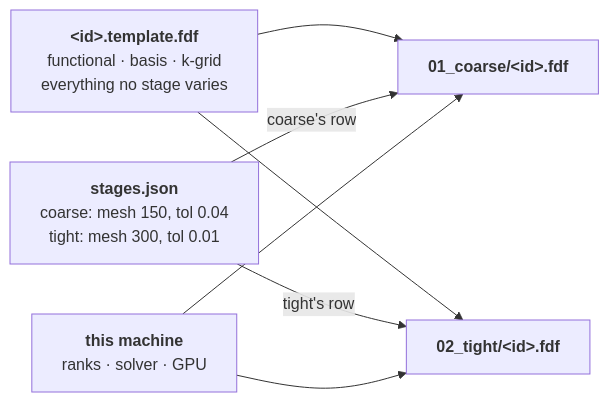
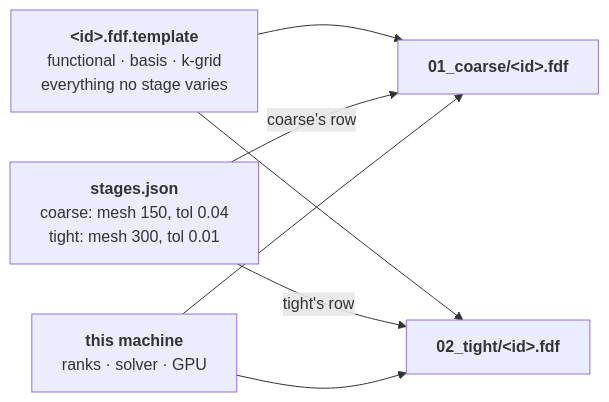
One commit to Qing-LAB/molbuilder changed the diagram in docs/engines/stages.md. Above: the diagram before and after it, drawn with Mermaid. The commit also changed other lines of this file and 6 other files, not shown here.

````diff
--- a/docs/engines/stages.md
+++ b/docs/engines/stages.md
@@ -552,14 +552,14 @@
 ```mermaid
 flowchart LR
-    T["<b>&lt;id&gt;.template.fdf</b><br/>functional · basis · k-grid<br/>everything no stage varies"]
+    T["<b>&lt;id&gt;.fdf.template</b><br/>functional · basis · k-grid<br/>everything no stage varies"]
     J["<b>stages.json</b><br/>coarse: mesh 150, tol 0.04<br/>tight:  mesh 300, tol 0.01"]
     M["<b>this machine</b><br/>ranks · solver · GPU"]
     DC["<b>01_coarse/&lt;id&gt;.fdf</b>"]
     DT["<b>02_tight/&lt;id&gt;.fdf</b>"]
     T --> DC
     T --> DT
     J -->|"coarse's row"| DC
     J -->|"tight's row"| DT
     M --> DC
     M --> DT
 ```
````
